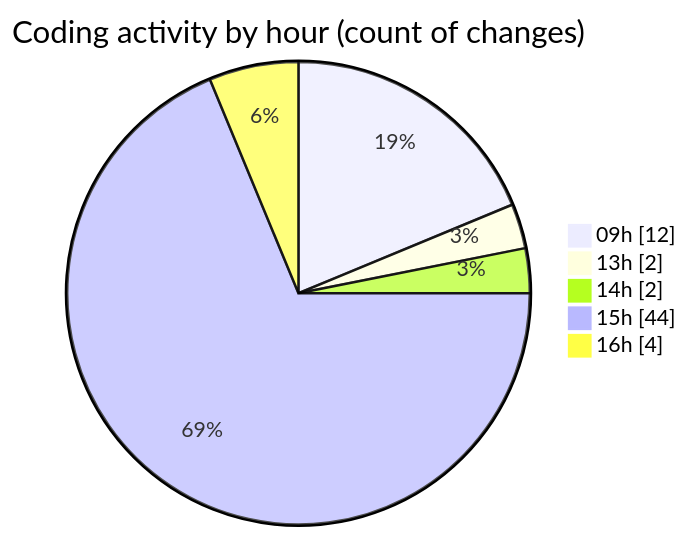
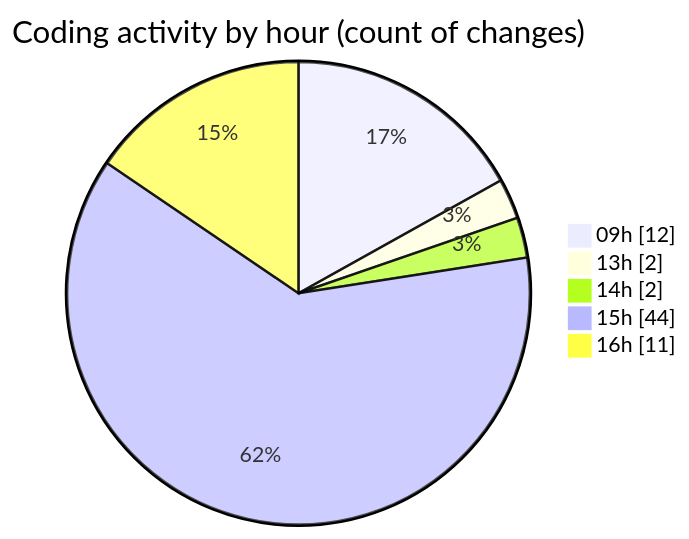
The second of 2 diagrams in 2026-11-04/cda/README.md (momahboobian/code-tracking), drawn with Mermaid before and after one commit. The commit also changed other lines of this file and 1 other file, not shown here.

````diff
--- a/2026-11-04/cda/README.md
+++ b/2026-11-04/cda/README.md
@@ -50,9 +53,9 @@
 ```mermaid
 pie showData
 title Coding activity by hour (count of changes)
 "09h" : 12
 "13h" : 2
 "14h" : 2
 "15h" : 44
-"16h" : 4
+"16h" : 11
 ```
````
